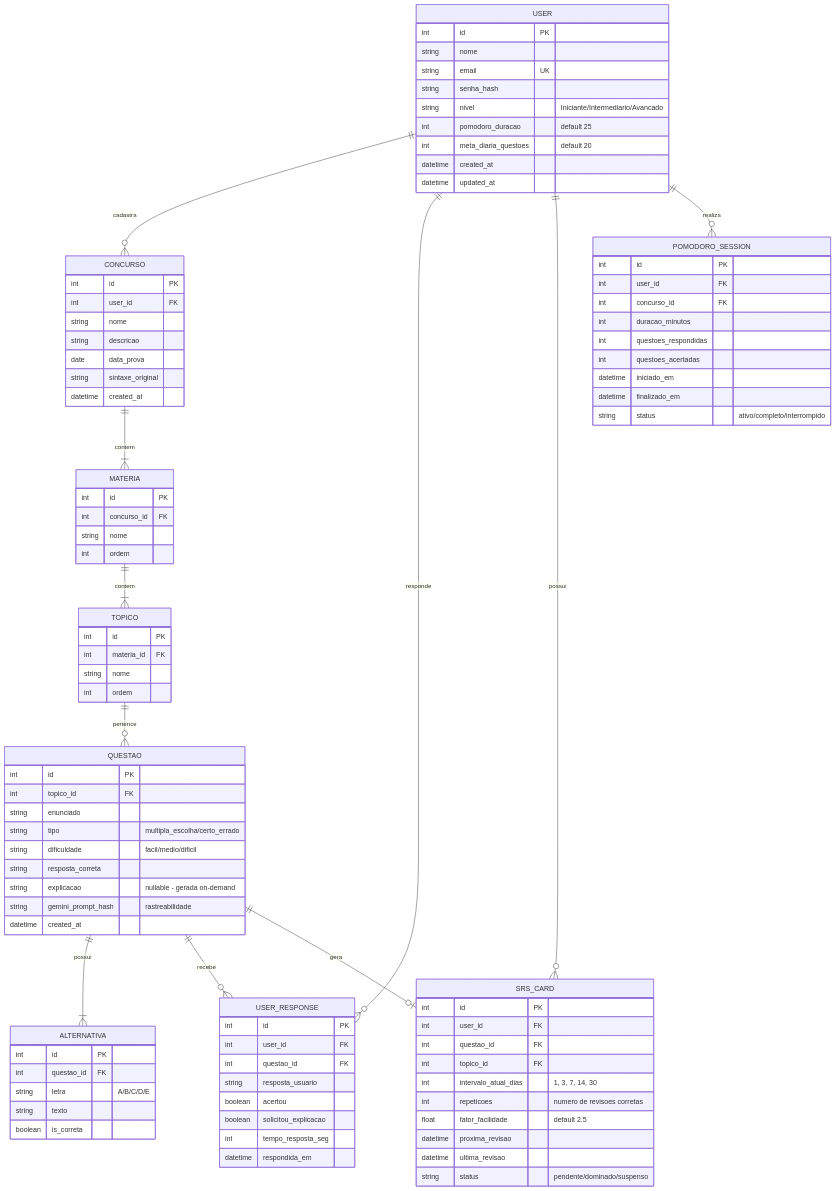
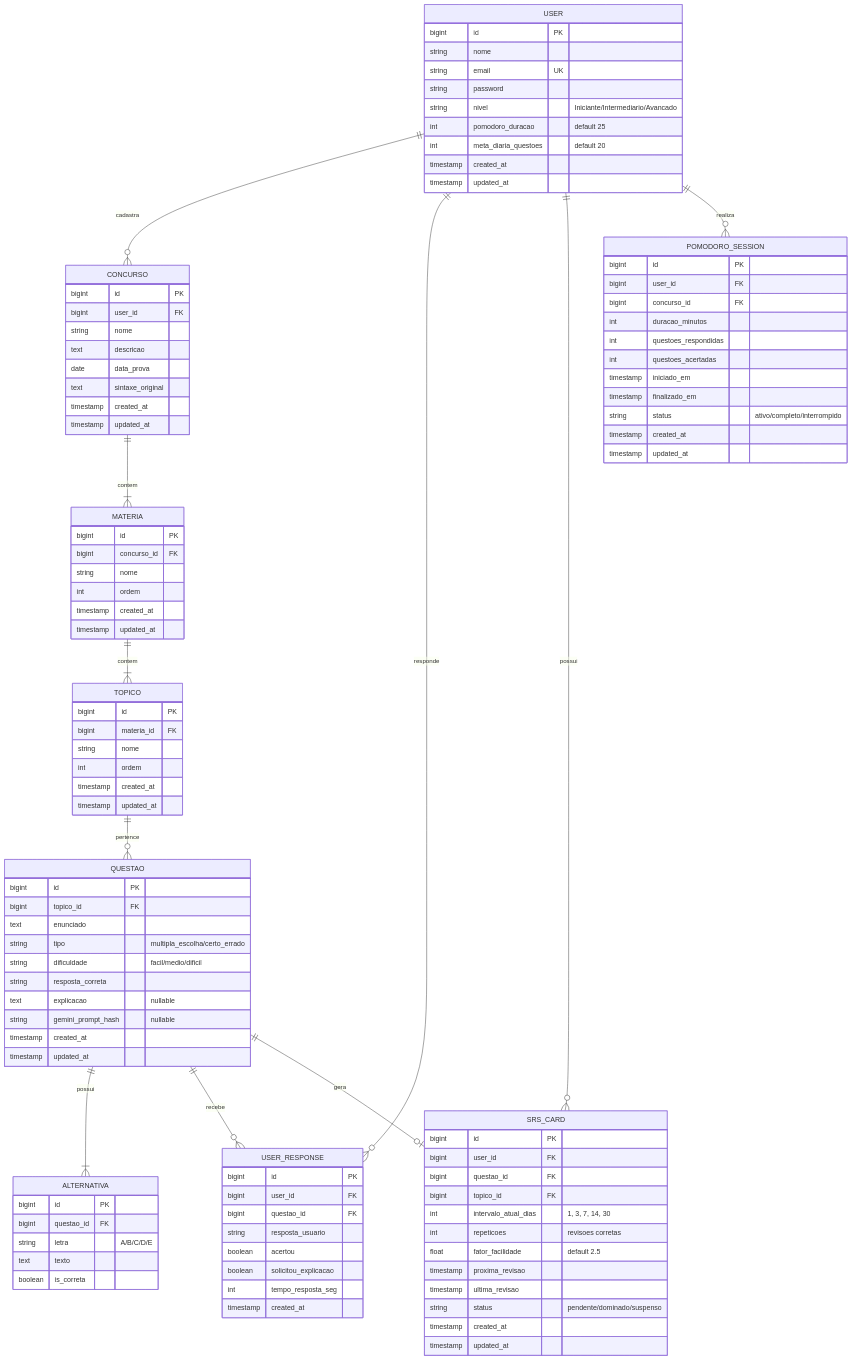
Before and after one commit to pwviptbl/QuestForge: the diagram in docs/03-modelagem-dados.md, drawn with Mermaid. The commit also changed other lines of this file and 5 other files, not shown here.

Commit message:
feat: Atualiza a documentação do projeto com a stack tecnológica e refina a modelagem de dados, adotando tipos bigint, text e timestamps, e detalhando as migrations Laravel.

````diff
--- a/docs/03-modelagem-dados.md
+++ b/docs/03-modelagem-dados.md
@@ -18,94 +18,104 @@
     QUESTAO ||--o| SRS_CARD : gera
 
     USER {
-        int id PK
+        bigint id PK
         string nome
         string email UK
-        string senha_hash
+        string password
         string nivel "Iniciante/Intermediario/Avancado"
         int pomodoro_duracao "default 25"
         int meta_diaria_questoes "default 20"
-        datetime created_at
-        datetime updated_at
+        timestamp created_at
+        timestamp updated_at
     }
 
     CONCURSO {
-        int id PK
-        int user_id FK
+        bigint id PK
+        bigint user_id FK
         string nome
-        string descricao
+        text descricao
         date data_prova
-        string sintaxe_original
-        datetime created_at
+        text sintaxe_original
+        timestamp created_at
+        timestamp updated_at
     }
 
     MATERIA {
-        int id PK
-        int concurso_id FK
+        bigint id PK
+        bigint concurso_id FK
         string nome
         int ordem
+        timestamp created_at
+        timestamp updated_at
     }
 
     TOPICO {
-        int id PK
-        int materia_id FK
+        bigint id PK
+        bigint materia_id FK
         string nome
         int ordem
+        timestamp created_at
+        timestamp updated_at
     }
 
     QUESTAO {
-        int id PK
-        int topico_id FK
-        string enunciado
+        bigint id PK
+        bigint topico_id FK
+        text enunciado
         string tipo "multipla_escolha/certo_errado"
         string dificuldade "facil/medio/dificil"
         string resposta_correta
-        string explicacao "nullable - gerada on-demand"
-        string gemini_prompt_hash "rastreabilidade"
-        datetime created_at
+        text explicacao "nullable"
+        string gemini_prompt_hash "nullable"
+        timestamp created_at
+        timestamp updated_at
     }
 
     ALTERNATIVA {
-        int id PK
-        int questao_id FK
+        bigint id PK
+        bigint questao_id FK
         string letra "A/B/C/D/E"
-        string texto
+        text texto
         boolean is_correta
     }
 
     USER_RESPONSE {
-        int id PK
-        int user_id FK
-        int questao_id FK
+        bigint id PK
+        bigint user_id FK
+        bigint questao_id FK
         string resposta_usuario
         boolean acertou
         boolean solicitou_explicacao
         int tempo_resposta_seg
-        datetime respondida_em
+        timestamp created_at
     }
 
     SRS_CARD {
-        int id PK
-        int user_id FK
-        int questao_id FK
-        int topico_id FK
+        bigint id PK
+        bigint user_id FK
+        bigint questao_id FK
+        bigint topico_id FK
         int intervalo_atual_dias "1, 3, 7, 14, 30"
-        int repeticoes "numero de revisoes corretas"
+        int repeticoes "revisoes corretas"
         float fator_facilidade "default 2.5"
-        datetime proxima_revisao
-        datetime ultima_revisao
+        timestamp proxima_revisao
+        timestamp ultima_revisao
         string status "pendente/dominado/suspenso"
+        timestamp created_at
+        timestamp updated_at
     }
 
     POMODORO_SESSION {
-        int id PK
-        int user_id FK
-        int concurso_id FK
+        bigint id PK
+        bigint user_id FK
+        bigint concurso_id FK
         int duracao_minutos
         int questoes_respondidas
         int questoes_acertadas
-        datetime iniciado_em
-        datetime finalizado_em
+        timestamp iniciado_em
+        timestamp finalizado_em
         string status "ativo/completo/interrompido"
+        timestamp created_at
+        timestamp updated_at
     }
 ```
````
